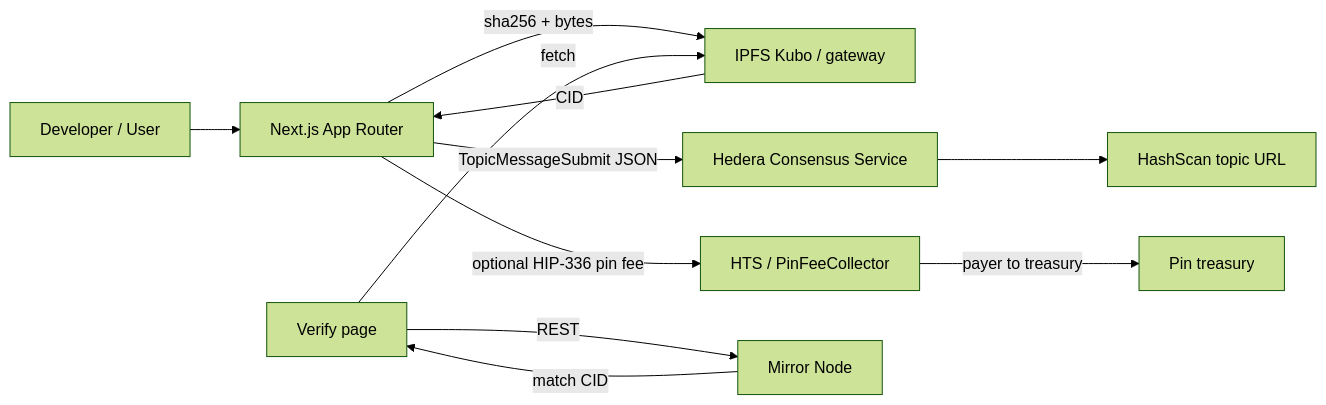
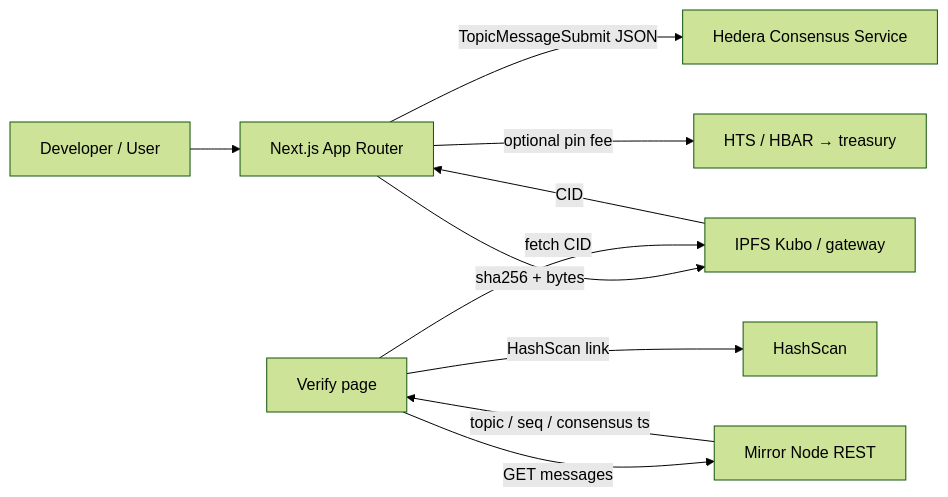
The diagram in README.md (374group-tech/hcs-ipfs-document-vault), drawn with Mermaid (forest theme) before and after one commit. The commit also changed other lines of this file and 3 other files, not shown here.

````diff
--- a/README.md
+++ b/README.md
@@ -30,13 +69,12 @@
 ```mermaid
 flowchart LR
   User[Developer / User] --> UI[Next.js App Router]
   UI -->|sha256 + bytes| IPFS[IPFS Kubo / gateway]
   IPFS -->|CID| UI
   UI -->|TopicMessageSubmit JSON| HCS[Hedera Consensus Service]
-  UI -->|optional HIP-336 pin fee| HTS[HTS / PinFeeCollector]
-  HTS -->|payer to treasury| Treasury[Pin treasury]
-  Verify[Verify page] -->|REST| Mirror[Mirror Node]
-  Mirror -->|match CID| Verify
-  Verify -->|fetch| IPFS
-  HCS --> HashScan[HashScan topic URL]
+  UI -->|optional pin fee| Fee[HTS / HBAR → treasury]
+  Verify[Verify page] -->|GET messages| Mirror[Mirror Node REST]
+  Mirror -->|topic / seq / consensus ts| Verify
+  Verify -->|HashScan link| HashScan[HashScan]
+  Verify -->|fetch CID| IPFS
 ```
````
